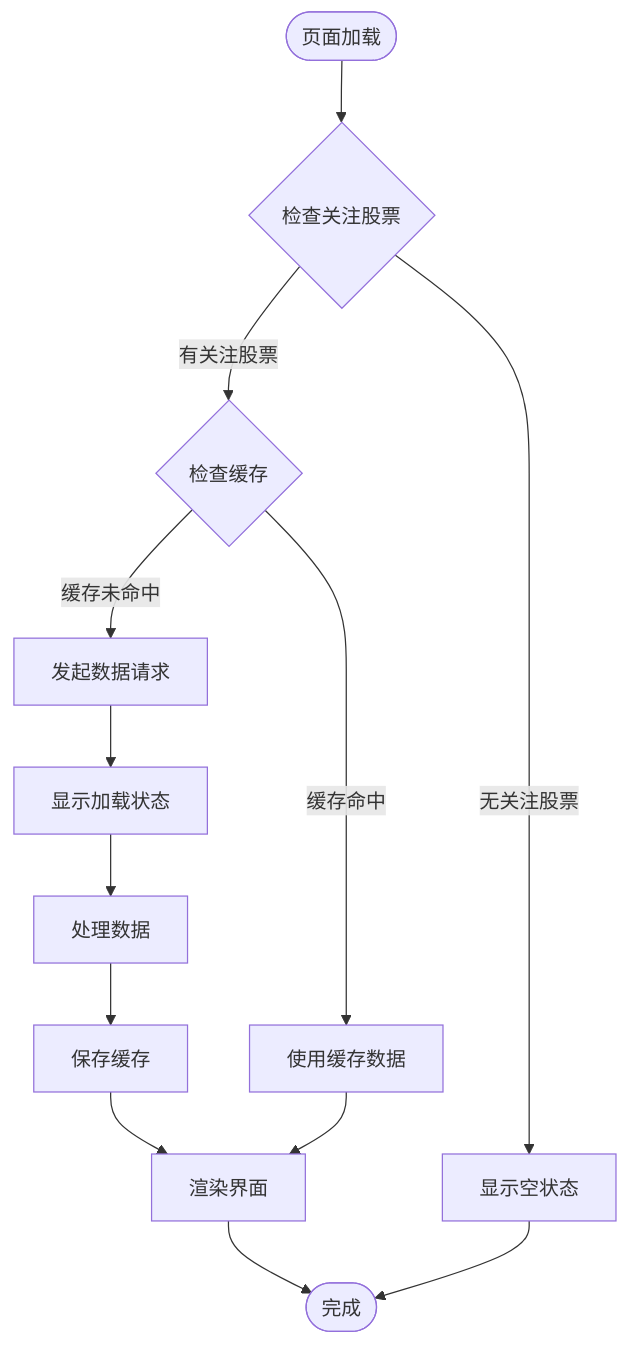
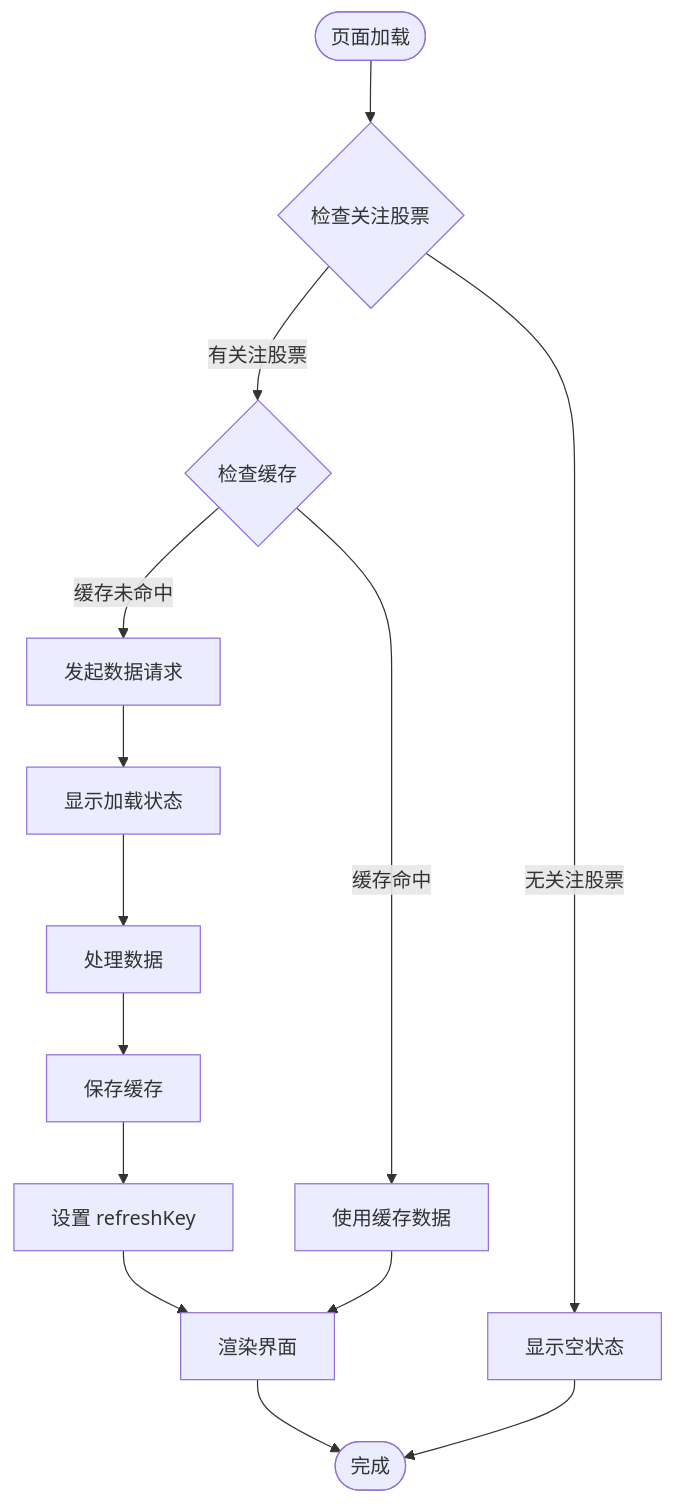
Before and after one commit to Moruime/stock_foker: the third of 10 diagrams in .qoder/repowiki/zh/content/前端组件/页面组件/宏观页面增强功能.md, drawn with Mermaid. The commit also changed other lines of this file and 22 other files, not shown here.

````diff
--- a/.qoder/repowiki/zh/content/前端组件/页面组件/宏观页面增强功能.md
+++ b/.qoder/repowiki/zh/content/前端组件/页面组件/宏观页面增强功能.md
@@ -169,15 +192,16 @@
 ```mermaid
 flowchart TD
 Start([页面加载]) --> CheckFocus{检查关注股票}
 CheckFocus --> |无关注股票| ShowEmpty[显示空状态]
 CheckFocus --> |有关注股票| CheckCache{检查缓存}
 CheckCache --> |缓存命中| UseCache[使用缓存数据]
 CheckCache --> |缓存未命中| FetchData[发起数据请求]
 FetchData --> Loading[显示加载状态]
 Loading --> ProcessData[处理数据]
 ProcessData --> SaveCache[保存缓存]
-SaveCache --> RenderUI[渲染界面]
+SaveCache --> SetRefreshKey[设置 refreshKey]
+SetRefreshKey --> RenderUI[渲染界面]
 UseCache --> RenderUI
 RenderUI --> End([完成])
 ShowEmpty --> End
 ```
````
